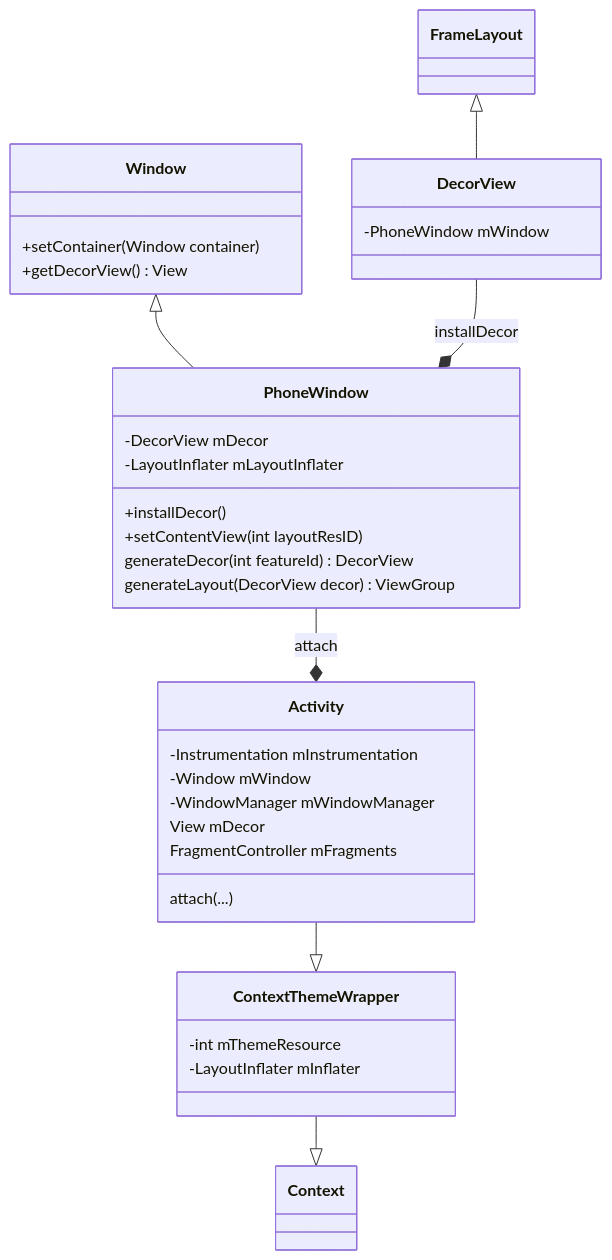
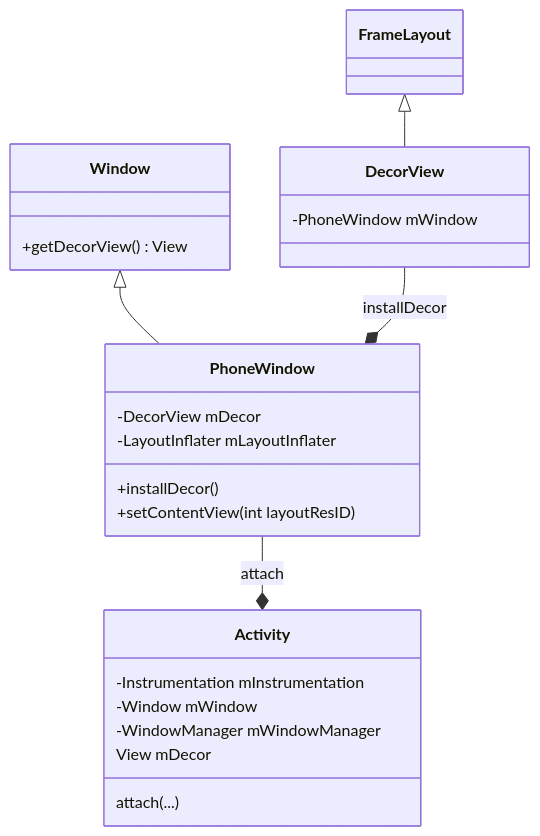
One commit to coswit/coswit.github.io changed the fourth of 7 diagrams in Android/Android源码分析/AndroidActivity源码分析.md. Above: the diagram before and after it, drawn with Mermaid. The commit also changed other lines of this file and 1 other file, not shown here.

````diff
--- a/Android/Android源码分析/AndroidActivity源码分析.md
+++ b/Android/Android源码分析/AndroidActivity源码分析.md
@@ -112,47 +145,34 @@
 ```mermaid
 classDiagram
 class Activity{
 	-Instrumentation mInstrumentation
 	-Window mWindow
 	-WindowManager mWindowManager
 	View mDecor
-	FragmentController mFragments
 
 	attach(...)
 }
-
-class ContextThemeWrapper{
-	-int mThemeResource
-	-LayoutInflater mInflater
-}
-
-Activity --|> ContextThemeWrapper
-
-ContextThemeWrapper --|> Context
 
 class PhoneWindow{
 	-DecorView mDecor
 	-LayoutInflater mLayoutInflater
 	+installDecor()
 	+setContentView(int layoutResID)
-	generateDecor(int featureId) DecorView
-	generateLayout(DecorView decor) ViewGroup
 }
 
 PhoneWindow --* Activity : attach
 
 class Window{
-	+setContainer(Window container)
 	+getDecorView() View
 }
 
 Window <|-- PhoneWindow
 
 class DecorView{
 	-PhoneWindow mWindow
 }
 
 DecorView --* PhoneWindow : installDecor
 
 FrameLayout <|-- DecorView
 ```
````
